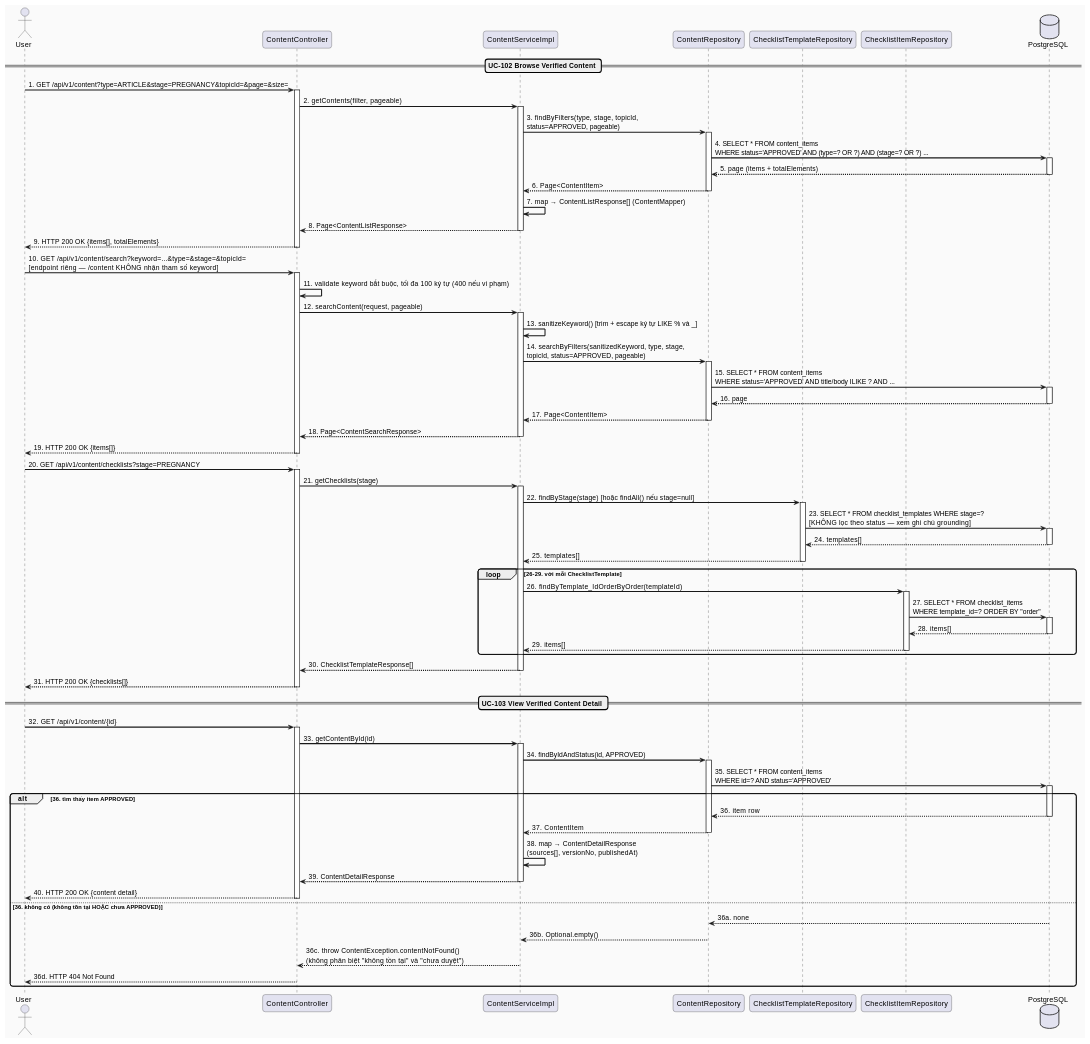
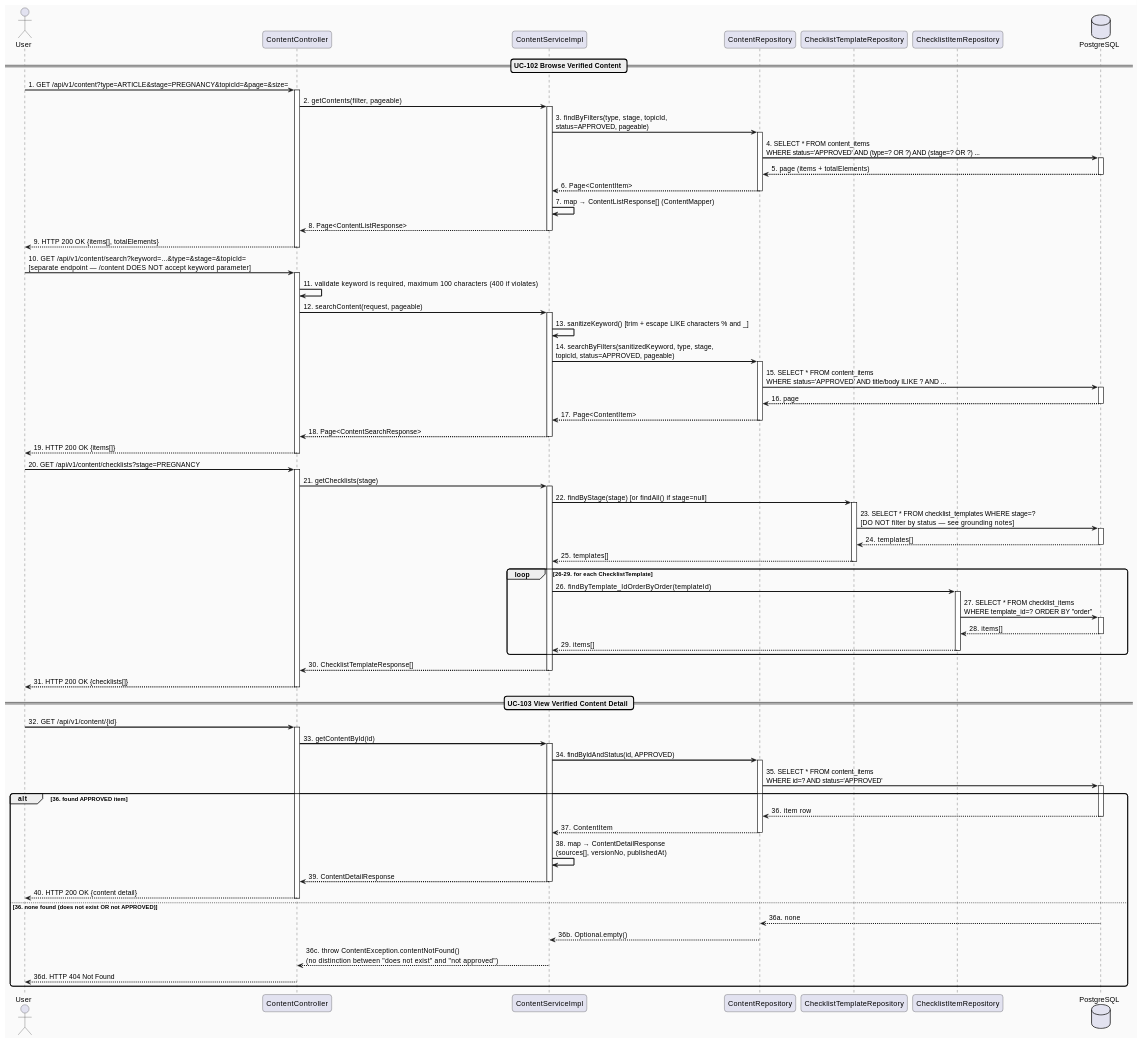
One commit to ChuongBDHE172784/CareBridge_SEP490_G79 changed the second of 3 diagrams in docs/Detailed_Design/MF11_Verified_Content_Checklist_Hub/01_Content_Browse_Consumption.md. Above: the diagram before and after it, drawn with PlantUML. The commit also changed 49 other files, not shown here.

Commit message:
docs: translate technical design documentation and sequence diagrams to English

```diff
--- a/docs/Detailed_Design/MF11_Verified_Content_Checklist_Hub/01_Content_Browse_Consumption.md
+++ b/docs/Detailed_Design/MF11_Verified_Content_Checklist_Hub/01_Content_Browse_Consumption.md
@@ -153,12 +153,12 @@
 Controller --> U : 9. HTTP 200 OK {items[], totalElements}
 deactivate Controller
 
-U -> Controller : 10. GET /api/v1/content/search?keyword=...&type=&stage=&topicId=\n[endpoint riêng — /content KHÔNG nhận tham số keyword]
+U -> Controller : 10. GET /api/v1/content/search?keyword=...&type=&stage=&topicId=\n[separate endpoint — /content DOES NOT accept keyword parameter]
 activate Controller
-Controller -> Controller : 11. validate keyword bắt buộc, tối đa 100 ký tự (400 nếu vi phạm)
+Controller -> Controller : 11. validate keyword is required, maximum 100 characters (400 if violates)
 Controller -> Service : 12. searchContent(request, pageable)
 activate Service
-Service -> Service : 13. sanitizeKeyword() [trim + escape ký tự LIKE % và _]
+Service -> Service : 13. sanitizeKeyword() [trim + escape LIKE characters % and _]
 Service -> ContentRepo : 14. searchByFilters(sanitizedKeyword, type, stage,\ntopicId, status=APPROVED, pageable)
 activate ContentRepo
 ContentRepo -> DB : 15. SELECT * FROM content_items\nWHERE status='APPROVED' AND title/body ILIKE ? AND ...
@@ -176,15 +176,15 @@
 activate Controller
 Controller -> Service : 21. getChecklists(stage)
 activate Service
-Service -> ChecklistTemplateRepo : 22. findByStage(stage) [hoặc findAll() nếu stage=null]
+Service -> ChecklistTemplateRepo : 22. findByStage(stage) [or findAll() if stage=null]
 activate ChecklistTemplateRepo
-ChecklistTemplateRepo -> DB : 23. SELECT * FROM checklist_templates WHERE stage=?\n[KHÔNG lọc theo status — xem ghi chú grounding]
+ChecklistTemplateRepo -> DB : 23. SELECT * FROM checklist_templates WHERE stage=?\n[DO NOT filter by status — see grounding notes]
 activate DB
 DB --> ChecklistTemplateRepo : 24. templates[]
 deactivate DB
 ChecklistTemplateRepo --> Service : 25. templates[]
 deactivate ChecklistTemplateRepo
-loop 26-29. với mỗi ChecklistTemplate
+loop 26-29. for each ChecklistTemplate
   Service -> ChecklistItemRepo : 26. findByTemplate_IdOrderByOrder(templateId)
   activate ChecklistItemRepo
   ChecklistItemRepo -> DB : 27. SELECT * FROM checklist_items\nWHERE template_id=? ORDER BY "order"
@@ -208,7 +208,7 @@
 activate ContentRepo
 ContentRepo -> DB : 35. SELECT * FROM content_items\nWHERE id=? AND status='APPROVED'
 activate DB
-alt 36. tìm thấy item APPROVED
+alt 36. found APPROVED item
   DB --> ContentRepo : 36. item row
   deactivate DB
   ContentRepo --> Service : 37. ContentItem
@@ -218,12 +218,12 @@
   deactivate Service
   Controller --> U : 40. HTTP 200 OK {content detail}
   deactivate Controller
-else 36. không có (không tồn tại HOẶC chưa APPROVED)
+else 36. none found (does not exist OR not APPROVED)
   DB --> ContentRepo : 36a. none
   deactivate DB
   ContentRepo --> Service : 36b. Optional.empty()
   deactivate ContentRepo
-  Service --> Controller : 36c. throw ContentException.contentNotFound()\n(không phân biệt "không tồn tại" và "chưa duyệt")
+  Service --> Controller : 36c. throw ContentException.contentNotFound()\n(no distinction between "does not exist" and "not approved")
   deactivate Service
   Controller --> U : 36d. HTTP 404 Not Found
   deactivate Controller
```
